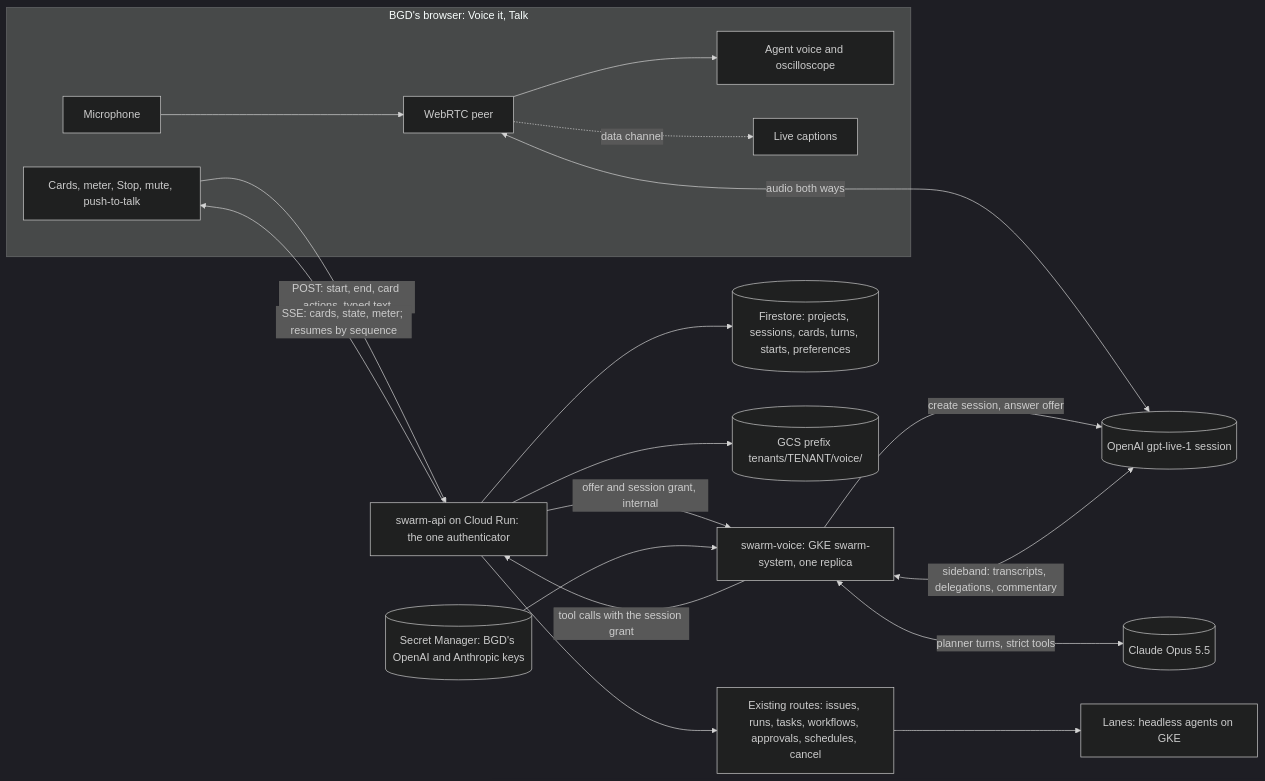
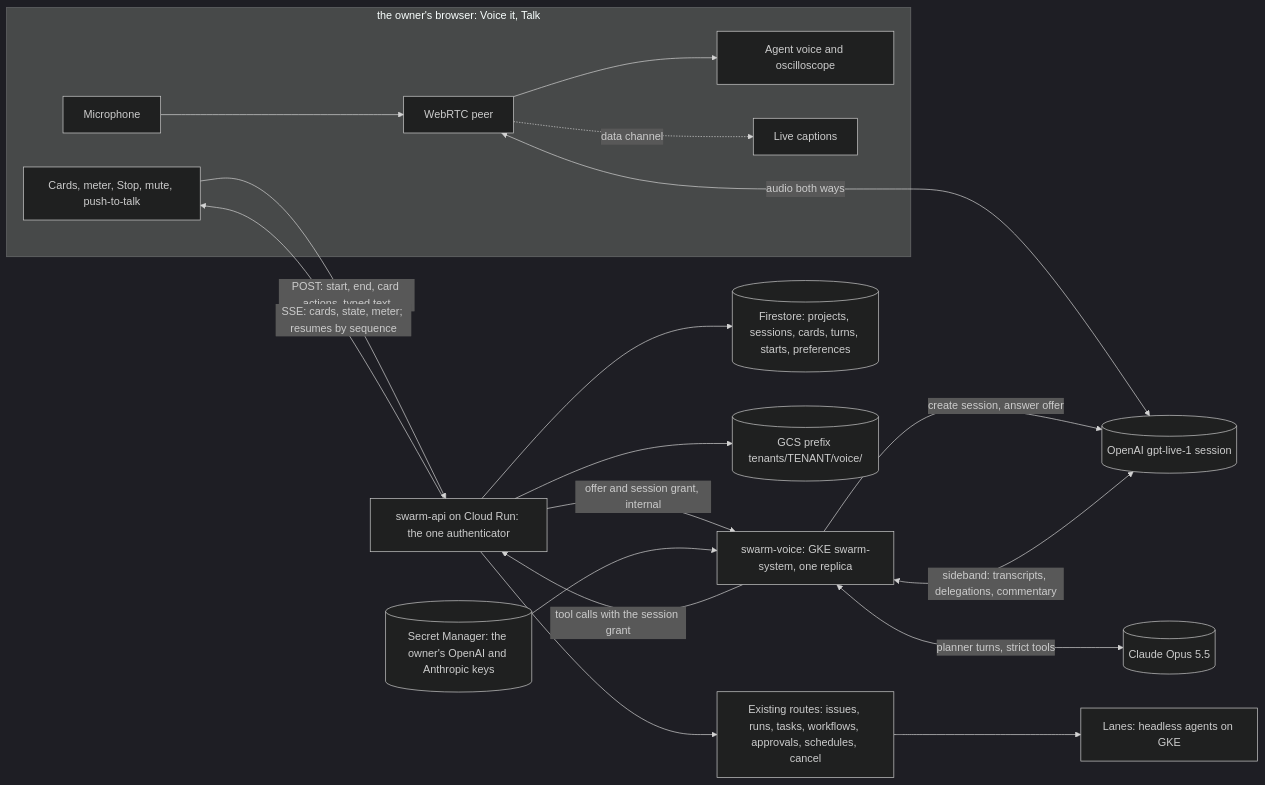
Before and after one commit to bogdan-alexandrescu/SwarmCloud: the first of 2 diagrams in docs/design/voice-it.md, drawn with Mermaid (dark theme). The commit also changed other lines of this file and 127 other files, not shown here.

````diff
--- a/docs/design/voice-it.md
+++ b/docs/design/voice-it.md
@@ -122,22 +122,22 @@
 ```mermaid
 flowchart LR
-  subgraph BR["BGD's browser: Voice it, Talk"]
+  subgraph BR["the owner's browser: Voice it, Talk"]
     MIC[Microphone] --> PC[WebRTC peer]
     PC --> SPK[Agent voice and oscilloscope]
     PC -.->|data channel| CAP[Live captions]
     UI[Cards, meter, Stop, mute, push-to-talk]
   end
   PC <-->|audio both ways| LIVE[("OpenAI gpt-live-1 session")]
   UI -->|"POST: start, end, card actions, typed text"| API["swarm-api on Cloud Run: the one authenticator"]
   API -->|"SSE: cards, state, meter; resumes by sequence"| UI
   API -->|"offer and session grant, internal"| VOICE["swarm-voice: GKE swarm-system, one replica"]
   VOICE -->|"create session, answer offer"| LIVE
   VOICE <-->|"sideband: transcripts, delegations, commentary"| LIVE
   VOICE <-->|"planner turns, strict tools"| OPUS[("Claude Opus 5.5")]
   VOICE -->|"tool calls with the session grant"| API
-  SM[("Secret Manager: BGD's OpenAI and Anthropic keys")] --> VOICE
+  SM[("Secret Manager: the owner's OpenAI and Anthropic keys")] --> VOICE
   API --> FS[("Firestore: projects, sessions, cards, turns, starts, preferences")]
   API --> GCS[("GCS prefix tenants/TENANT/voice/")]
   API --> ROUTES["Existing routes: issues, runs, tasks, workflows, approvals, schedules, cancel"]
   ROUTES --> LANES["Lanes: headless agents on GKE"]
 ```
````
